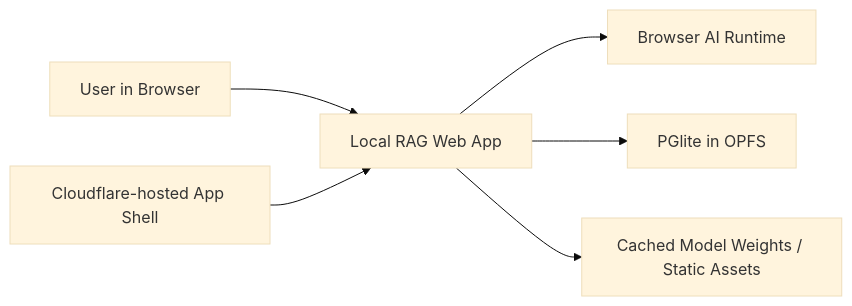
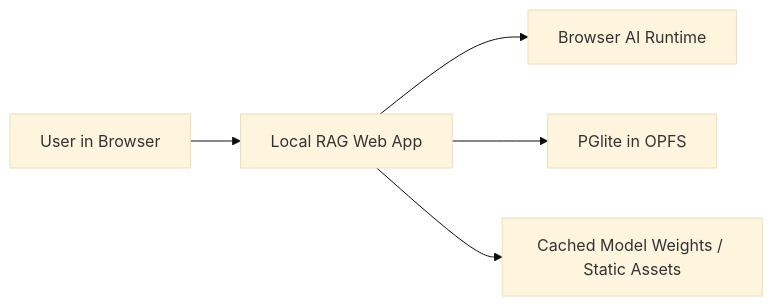
The first of 3 diagrams in ARCHITECTURE.md (mikechao/local-rag), drawn with Mermaid (base theme) before and after one commit. The commit also changed other lines of this file and 12 other files, not shown here.

````diff
--- a/ARCHITECTURE.md
+++ b/ARCHITECTURE.md
@@ -182,8 +182,7 @@
 ```mermaid
 flowchart LR
   User["User in Browser"] --> App["Local RAG Web App"]
   App --> BrowserAI["Browser AI Runtime"]
   App --> LocalDB["PGlite in OPFS"]
   App --> ModelAssets["Cached Model Weights / Static Assets"]
-  Cloudflare["Cloudflare-hosted App Shell"] --> App
 ```
````
